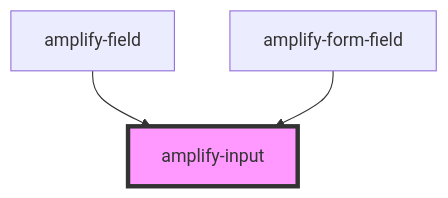
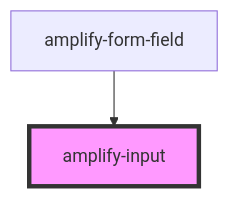
Before and after one commit to OneDev0411/amplify-js: the diagram in packages/amplify-ui-components/src/components/amplify-input/readme.md, drawn with Mermaid. The commit also changed other lines of this file and 19 other files, not shown here.

Commit message:
Replace AmplifyField and AmplifyFormField functionality with combined AmplifyFormField

````diff
--- a/packages/amplify-ui-components/src/components/amplify-input/readme.md
+++ b/packages/amplify-ui-components/src/components/amplify-input/readme.md
@@ -26,6 +25,5 @@
 ```mermaid
 graph TD;
-  amplify-field --> amplify-input
   amplify-form-field --> amplify-input
   style amplify-input fill:#f9f,stroke:#333,stroke-width:4px
 ```
````
